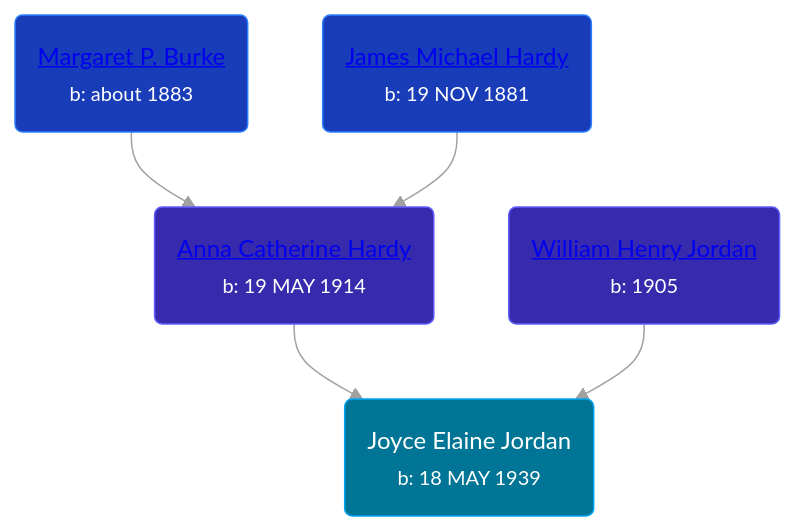
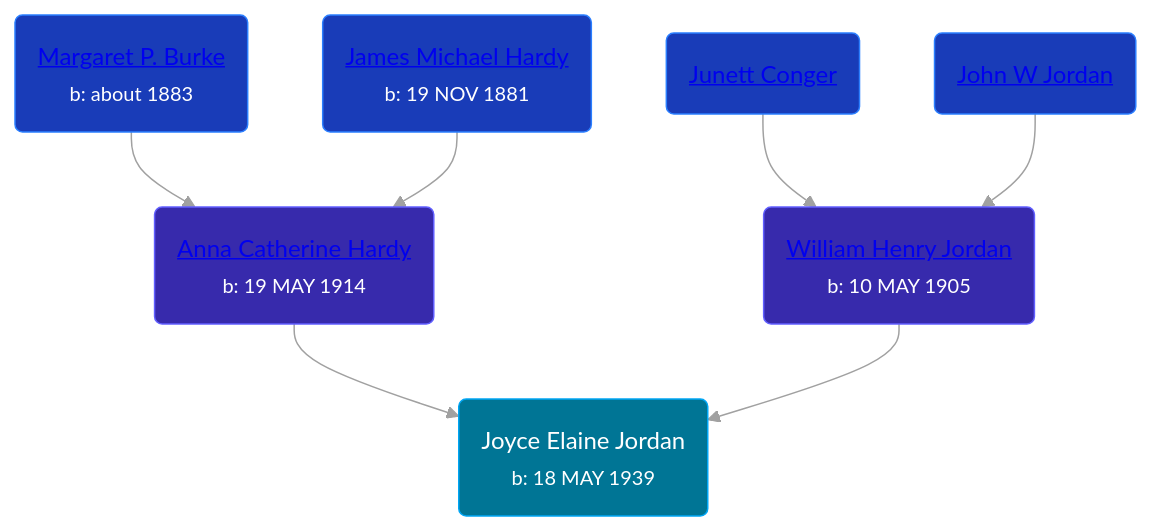
The diagram in pages/people/8/86240475.md (wpmgotkh/wpmgotkh.github.io), drawn with Mermaid before and after one commit. The commit also changed 257 other files, not shown here.

````diff
--- a/pages/people/8/86240475.md
+++ b/pages/people/8/86240475.md
@@ -11,12 +11,14 @@
 ```mermaid
 graph
 classDef grands fill:#193cb8,stroke:#2b7fff,stroke-width:1px,color:#fff;
 classDef parents fill:#372aac,stroke:#615fff,stroke-width:1px,color:#fff;
 classDef primary fill:#007595,stroke:#00a6f4,stroke-width:1px,color:#fff;
 86240475(Joyce Elaine Jordan<br /><small>b: 18 MAY 1939</small>):::primary
 25919759(<a class="text-white" href="/people/2/25919759">Anna Catherine Hardy</a><br /><small>b: 19 MAY 1914</small>):::parents-->86240475
 29782872(<a class="text-white" href="/people/2/29782872">Margaret P. Burke</a><br /><small>b: about 1883</small>):::grands-->25919759
 11204316(<a class="text-white" href="/people/1/11204316">James Michael Hardy</a><br /><small>b: 19 NOV 1881</small>):::grands-->25919759
-32091032(<a class="text-white" href="/people/3/32091032">William Henry Jordan</a><br /><small>b: 1905</small>):::parents-->86240475
+32091032(<a class="text-white" href="/people/3/32091032">William Henry Jordan</a><br /><small>b: 10 MAY 1905</small>):::parents-->86240475
+55321016(<a class="text-white" href="/people/5/55321016">Junett Conger</a>):::grands-->32091032
+97595723(<a class="text-white" href="/people/9/97595723">John W Jordan</a>):::grands-->32091032
 linkStyle default stroke:#a1a1a1
 ```
````
